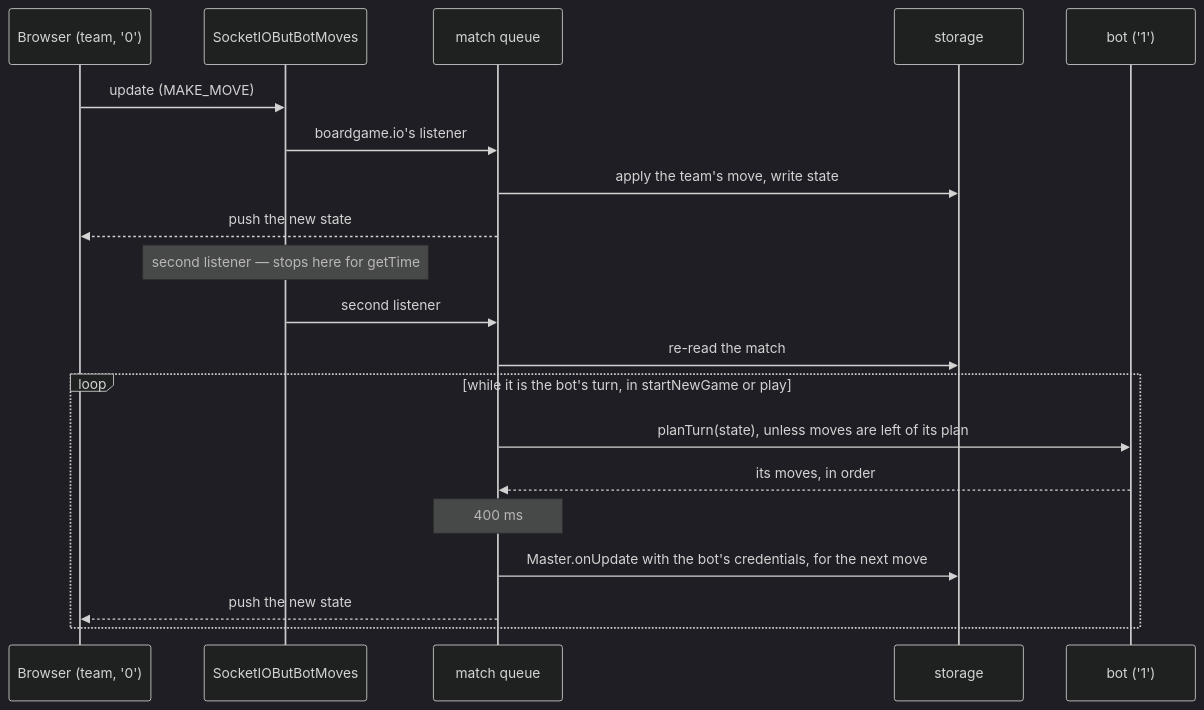
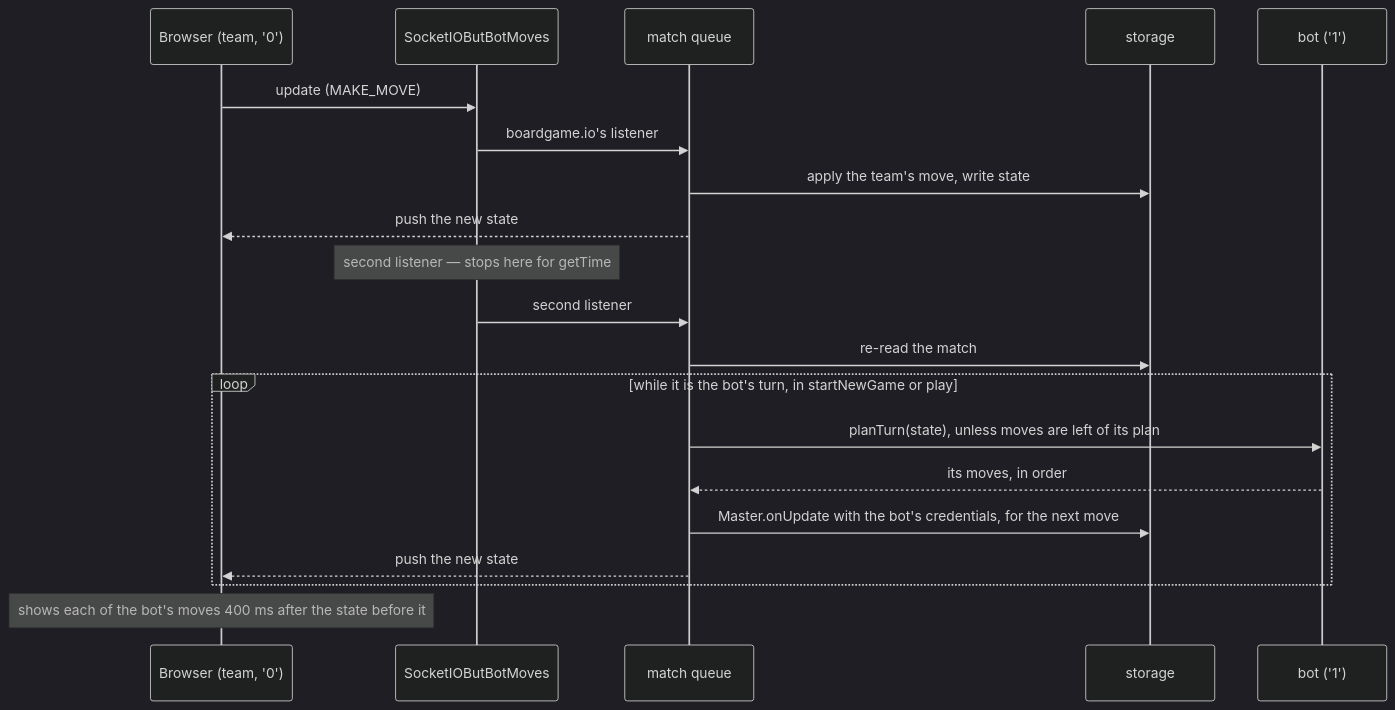
The diagram in docs/ARCHITECTURE.md (a-gondolkodas-orome/durer-aion), drawn with Mermaid (dark theme) before and after one commit. The commit also changed other lines of this file and 10 other files, not shown here.

First line of the commit message:
Play a bot's turn at once and pace its moves on the board instead

````diff
--- a/docs/ARCHITECTURE.md
+++ b/docs/ARCHITECTURE.md
@@ -98,22 +98,22 @@
 ```mermaid
 sequenceDiagram
     participant B as Browser (team, '0')
     participant T as SocketIOButBotMoves
     participant Q as match queue
     participant S as storage
     participant Bot as bot ('1')
     B->>T: update (MAKE_MOVE)
     T->>Q: boardgame.io's listener
     Q->>S: apply the team's move, write state
     Q-->>B: push the new state
     Note over T: second listener — stops here for getTime
     T->>Q: second listener
     Q->>S: re-read the match
     loop while it is the bot's turn, in startNewGame or play
         Q->>Bot: planTurn(state), unless moves are left of its plan
         Bot-->>Q: its moves, in order
-        Note over Q: 400 ms
         Q->>S: Master.onUpdate with the bot's credentials, for the next move
         Q-->>B: push the new state
     end
+    Note over B: shows each of the bot's moves 400 ms after the state before it
 ```
````
